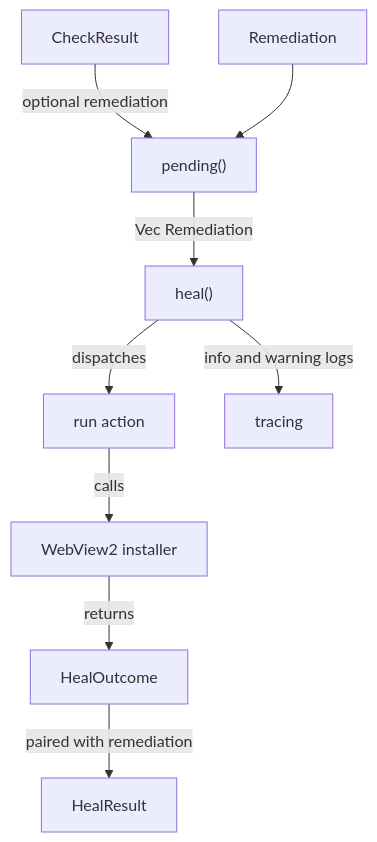
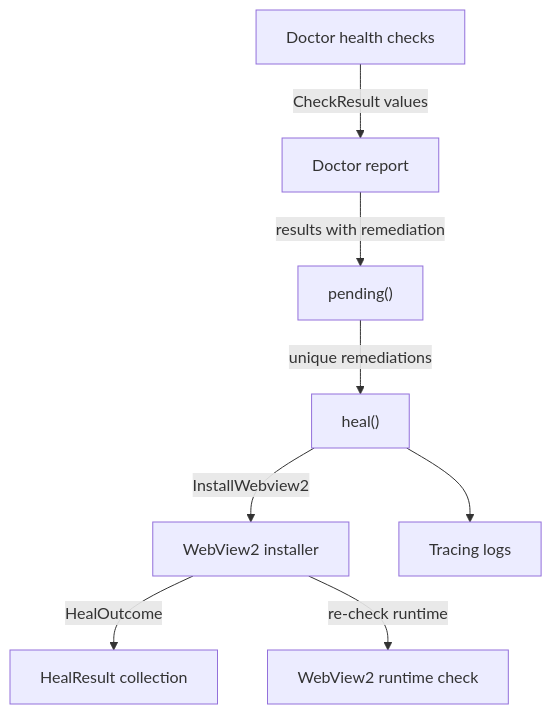
Before and after one commit to flamingo-stack/openframe-oss-tenant: the first of 3 diagrams in docs/reference/architecture/openframe-client-core/doctor-healing/doctor-healing.md, drawn with Mermaid. The commit also changed other lines of this file and 2377 other files, not shown here.

````diff
--- a/docs/reference/architecture/openframe-client-core/doctor-healing/doctor-healing.md
+++ b/docs/reference/architecture/openframe-client-core/doctor-healing/doctor-healing.md
@@ -50,11 +19,10 @@
 ```mermaid
 flowchart TD
-    CheckResult["CheckResult"] -->|"optional remediation"| Pending["pending()"]
-    Remediation["Remediation"] --> Pending
-    Pending -->|"Vec Remediation"| Heal["heal()"]
-    Heal -->|"dispatches"| RunAction["run action"]
-    RunAction -->|"calls"| WebViewInstaller["WebView2 installer"]
-    WebViewInstaller -->|"returns"| HealOutcome["HealOutcome"]
-    HealOutcome -->|"paired with remediation"| HealResult["HealResult"]
-    Heal -->|"info and warning logs"| Tracing["tracing"]
+    Checks["Doctor health checks"] -->|"CheckResult values"| Report["Doctor report"]
+    Report -->|"results with remediation"| Pending["pending()"]
+    Pending -->|"unique remediations"| Heal["heal()"]
+    Heal -->|"InstallWebview2"| Installer["WebView2 installer"]
+    Installer -->|"HealOutcome"| Results["HealResult collection"]
+    Installer -->|"re-check runtime"| WebViewCheck["WebView2 runtime check"]
+    Heal --> Logs["Tracing logs"]
 ```
````
